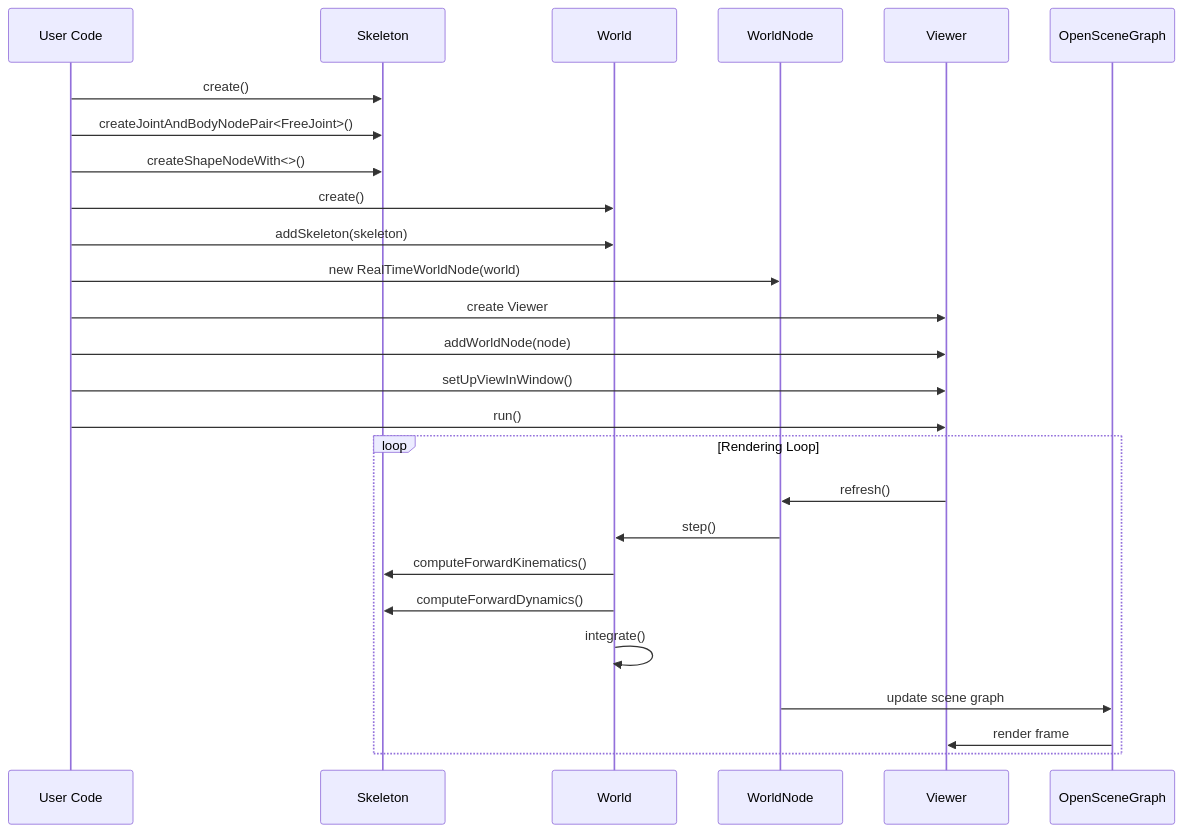
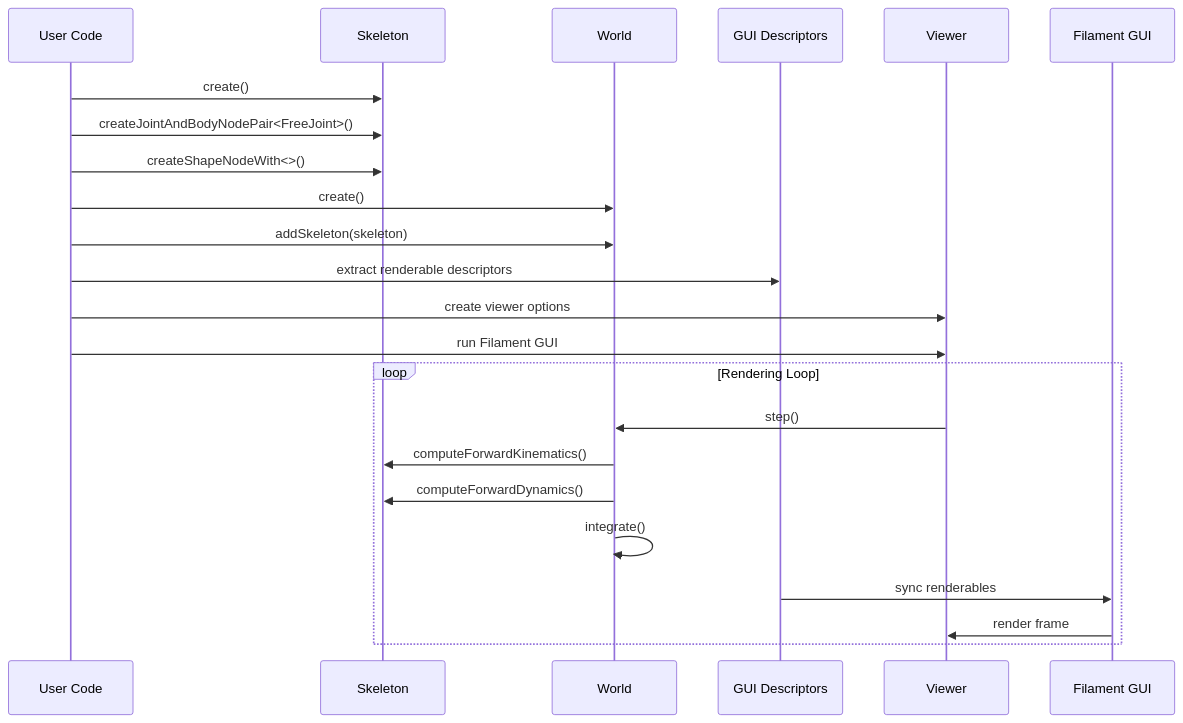
One commit to dartsim/dart changed the second of 7 diagrams in docs/onboarding/README.md. Above: the diagram before and after it, drawn with Mermaid. The commit also changed other lines of this file and 72 other files, not shown here.

````diff
--- a/docs/onboarding/README.md
+++ b/docs/onboarding/README.md
@@ -633,30 +508,27 @@
 ```mermaid
 sequenceDiagram
     participant User as User Code
     participant Skeleton as Skeleton
     participant World as World
-    participant WorldNode as WorldNode
+    participant Descriptors as GUI Descriptors
     participant Viewer as Viewer
-    participant OSG as OpenSceneGraph
+    participant GUI as Filament GUI
 
     User->>Skeleton: create()
     User->>Skeleton: createJointAndBodyNodePair<FreeJoint>()
     User->>Skeleton: createShapeNodeWith<>()
     User->>World: create()
     User->>World: addSkeleton(skeleton)
-    User->>WorldNode: new RealTimeWorldNode(world)
-    User->>Viewer: create Viewer
-    User->>Viewer: addWorldNode(node)
-    User->>Viewer: setUpViewInWindow()
-    User->>Viewer: run()
+    User->>Descriptors: extract renderable descriptors
+    User->>Viewer: create viewer options
+    User->>Viewer: run Filament GUI
 
     loop Rendering Loop
-        Viewer->>WorldNode: refresh()
-        WorldNode->>World: step()
+        Viewer->>World: step()
         World->>Skeleton: computeForwardKinematics()
         World->>Skeleton: computeForwardDynamics()
         World->>World: integrate()
-        WorldNode->>OSG: update scene graph
-        OSG->>Viewer: render frame
+        Descriptors->>GUI: sync renderables
+        GUI->>Viewer: render frame
     end
 ```
````
